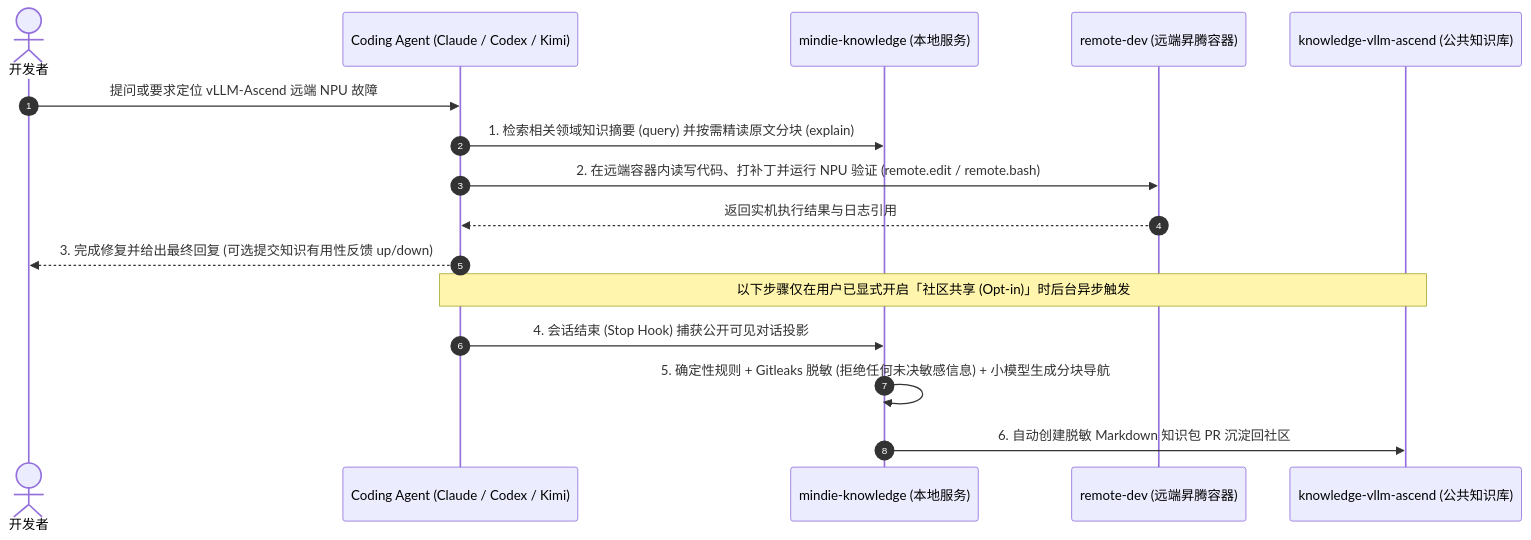
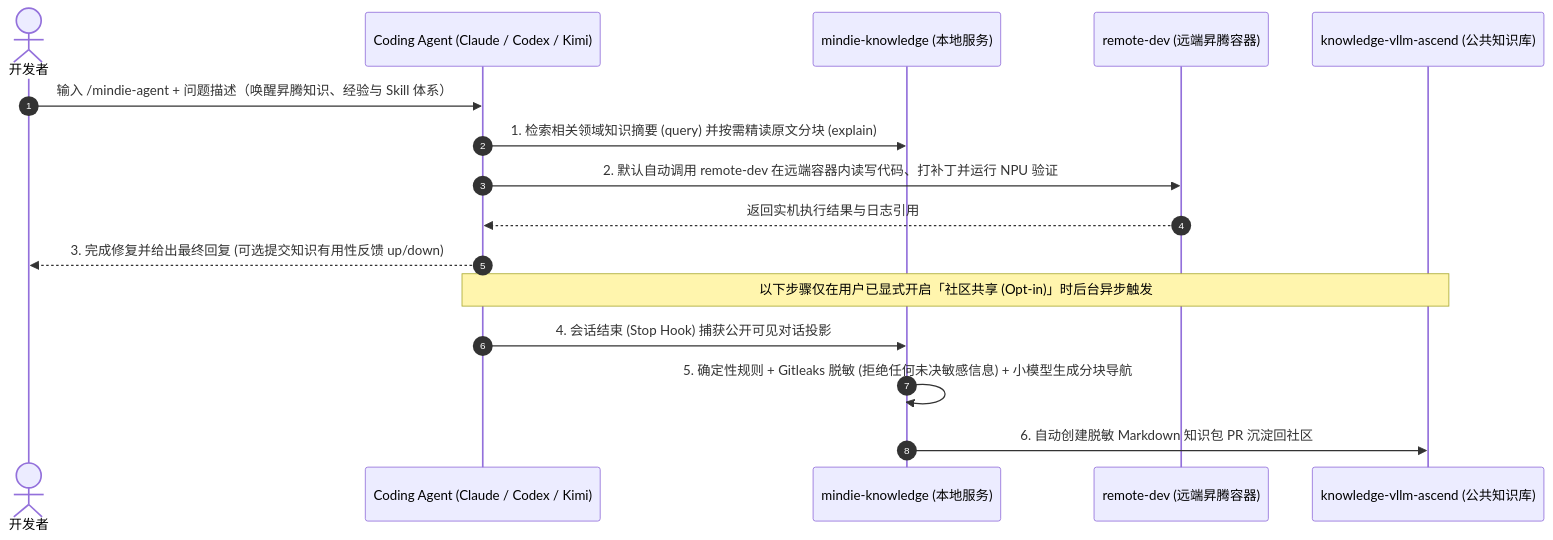
Before and after one commit to Yuli-yx/vllm-ascend-workspace: the second of 2 diagrams in README.md, drawn with Mermaid. The commit also changed other lines of this file and 5 other files, not shown here.

Commit message:
docs: clarify manual /mindie-agent trigger vs default remote-dev auto-trigger with examples (#227)

````diff
--- a/README.md
+++ b/README.md
@@ -169,19 +169,19 @@
 ```mermaid
 sequenceDiagram
   autonumber
   actor Dev as 开发者
   participant Agent as Coding Agent (Claude / Codex / Kimi)
   participant Know as mindie-knowledge (本地服务)
   participant NPU as remote-dev (远端昇腾容器)
   participant Repo as knowledge-vllm-ascend (公共知识库)
 
-  Dev->>Agent: 提问或要求定位 vLLM-Ascend 远端 NPU 故障
+  Dev->>Agent: 输入 /mindie-agent + 问题描述（唤醒昇腾知识、经验与 Skill 体系）
   Agent->>Know: 1. 检索相关领域知识摘要 (query) 并按需精读原文分块 (explain)
-  Agent->>NPU: 2. 在远端容器内读写代码、打补丁并运行 NPU 验证 (remote.edit / remote.bash)
+  Agent->>NPU: 2. 默认自动调用 remote-dev 在远端容器内读写代码、打补丁并运行 NPU 验证
   NPU-->>Agent: 返回实机执行结果与日志引用
   Agent-->>Dev: 3. 完成修复并给出最终回复 (可选提交知识有用性反馈 up/down)
   Note over Agent,Repo: 以下步骤仅在用户已显式开启「社区共享 (Opt-in)」时后台异步触发
   Agent->>Know: 4. 会话结束 (Stop Hook) 捕获公开可见对话投影
   Know->>Know: 5. 确定性规则 + Gitleaks 脱敏 (拒绝任何未决敏感信息) + 小模型生成分块导航
   Know->>Repo: 6. 自动创建脱敏 Markdown 知识包 PR 沉淀回社区
 ```
````
